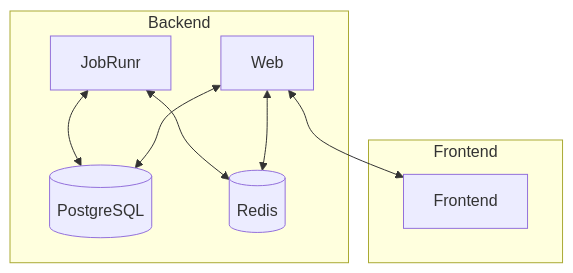
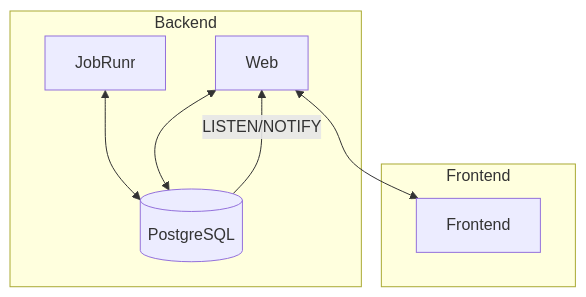
Before and after one commit to mangila/fibonacci: the diagram in java/README.md, drawn with Mermaid. The commit also changed other lines of this file and 132 other files, not shown here.

````diff
--- a/java/README.md
+++ b/java/README.md
@@ -52,22 +60,20 @@
 ```mermaid
 graph TD
     subgraph "Backend"
         Web[Web]
         Scheduler[JobRunr]
         Scheduler[JobRunr]
         DB[(PostgreSQL)]
-        DB2[(Redis)]
     end
 
     subgraph "Frontend"
         Client[Frontend]
     end
 
     Scheduler <--> DB
-    Scheduler <--> DB2
     Web <--> DB
-    Web <--> DB2
+    DB -- LISTEN/NOTIFY --> Web
     Web <--> Client
 
 
 ```
````
